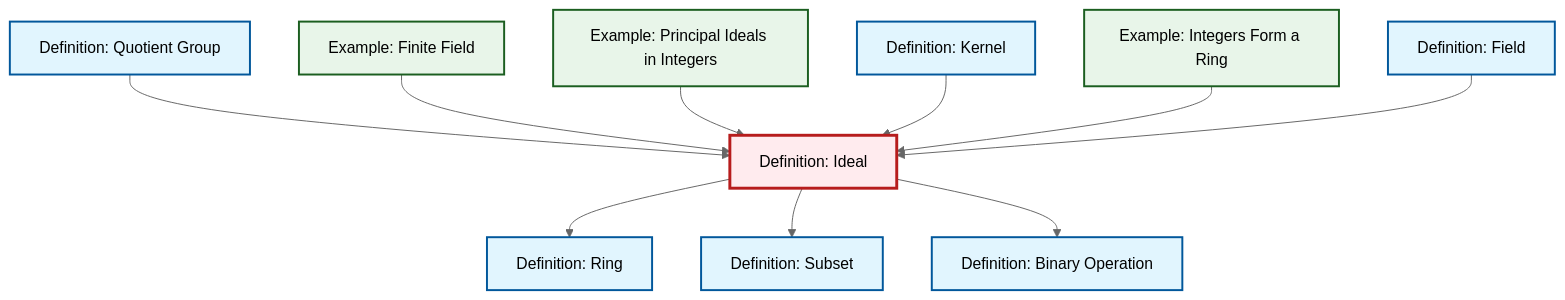
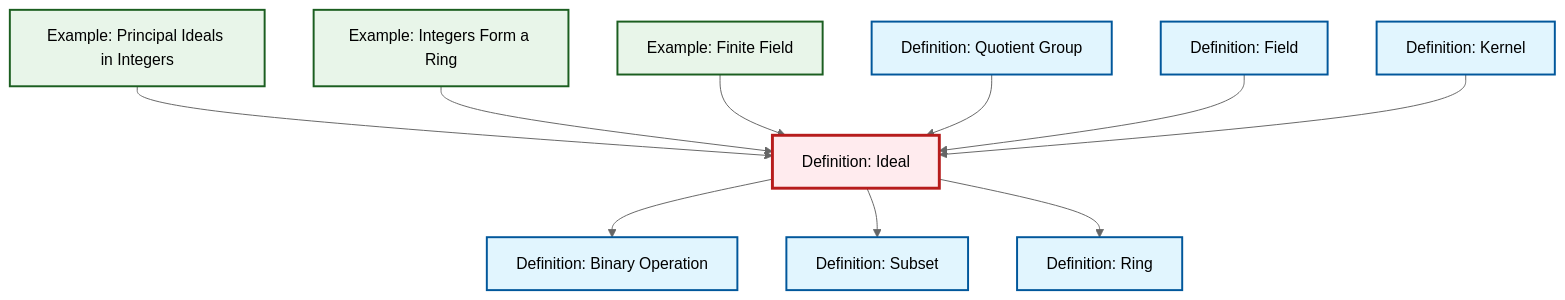
The diagram in content/ja/algebra/def-ideal.qmd (RK0429/ModernMath), drawn with Mermaid (neutral theme) before and after one commit. The commit also changed other lines of this file and 554 other files, not shown here.

````diff
--- a/content/ja/algebra/def-ideal.qmd
+++ b/content/ja/algebra/def-ideal.qmd
@@ -80,38 +80,38 @@
 ```{mermaid}
 %%| fig-cap: "Local dependency graph"
 graph TD
     classDef definition fill:#e1f5fe,stroke:#01579b,stroke-width:2px
     classDef theorem fill:#f3e5f5,stroke:#4a148c,stroke-width:2px
     classDef axiom fill:#fff3e0,stroke:#e65100,stroke-width:2px
     classDef example fill:#e8f5e9,stroke:#1b5e20,stroke-width:2px
     classDef current fill:#ffebee,stroke:#b71c1c,stroke-width:3px
+    def-ring["Definition: Ring"]:::definition
+    ex-principal-ideal["Example: Principal Ideals in Integers"]:::example
+    def-field["Definition: Field"]:::definition
+    def-quotient-group["Definition: Quotient Group"]:::definition
+    ex-finite-field["Example: Finite Field"]:::example
+    def-kernel["Definition: Kernel"]:::definition
     def-ideal["Definition: Ideal"]:::definition
-    ex-finite-field["Example: Finite Field"]:::example
-    def-quotient-group["Definition: Quotient Group"]:::definition
-    def-field["Definition: Field"]:::definition
     ex-integers-ring["Example: Integers Form a Ring"]:::example
     def-binary-operation["Definition: Binary Operation"]:::definition
-    def-ring["Definition: Ring"]:::definition
-    ex-principal-ideal["Example: Principal Ideals in Integers"]:::example
-    def-kernel["Definition: Kernel"]:::definition
     def-subset["Definition: Subset"]:::definition
+    ex-principal-ideal --> def-ideal
+    ex-integers-ring --> def-ideal
+    ex-finite-field --> def-ideal
+    def-quotient-group --> def-ideal
+    def-field --> def-ideal
+    def-ideal --> def-binary-operation
+    def-kernel --> def-ideal
+    def-ideal --> def-subset
     def-ideal --> def-ring
-    def-quotient-group --> def-ideal
-    def-ideal --> def-subset
-    ex-finite-field --> def-ideal
-    ex-principal-ideal --> def-ideal
-    def-kernel --> def-ideal
-    def-ideal --> def-binary-operation
-    ex-integers-ring --> def-ideal
-    def-field --> def-ideal
     class def-ideal current
+    click def-ring "def-ring.html" "Definition: Ringへ"
+    click ex-principal-ideal "ex-principal-ideal.html" "Example: Principal Ideals in Integersへ"
+    click def-field "def-field.html" "Definition: Fieldへ"
+    click def-quotient-group "def-quotient-group.html" "Definition: Quotient Groupへ"
     click ex-finite-field "ex-finite-field.html" "Example: Finite Fieldへ"
-    click def-quotient-group "def-quotient-group.html" "Definition: Quotient Groupへ"
-    click def-field "def-field.html" "Definition: Fieldへ"
+    click def-kernel "def-kernel.html" "Definition: Kernelへ"
     click ex-integers-ring "ex-integers-ring.html" "Example: Integers Form a Ringへ"
     click def-binary-operation "def-binary-operation.html" "Definition: Binary Operationへ"
-    click def-ring "def-ring.html" "Definition: Ringへ"
-    click ex-principal-ideal "ex-principal-ideal.html" "Example: Principal Ideals in Integersへ"
-    click def-kernel "def-kernel.html" "Definition: Kernelへ"
     click def-subset "def-subset.html" "Definition: Subsetへ"
 ```
````
